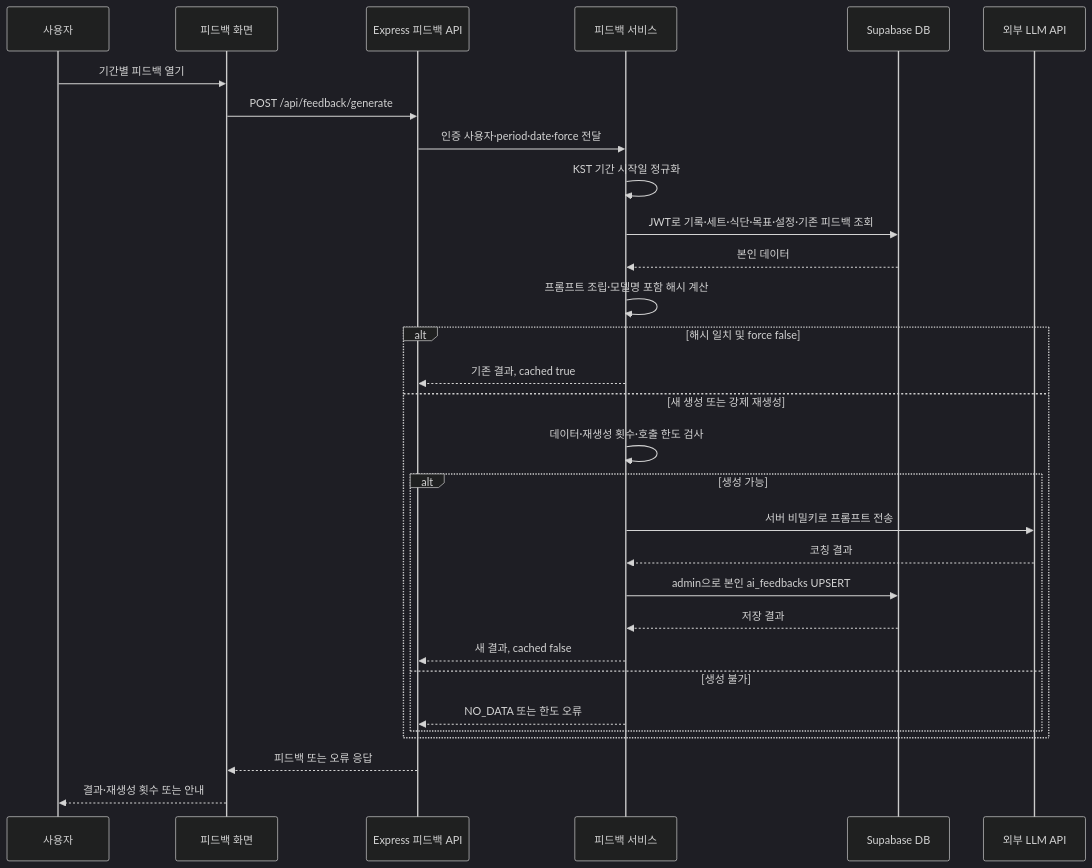
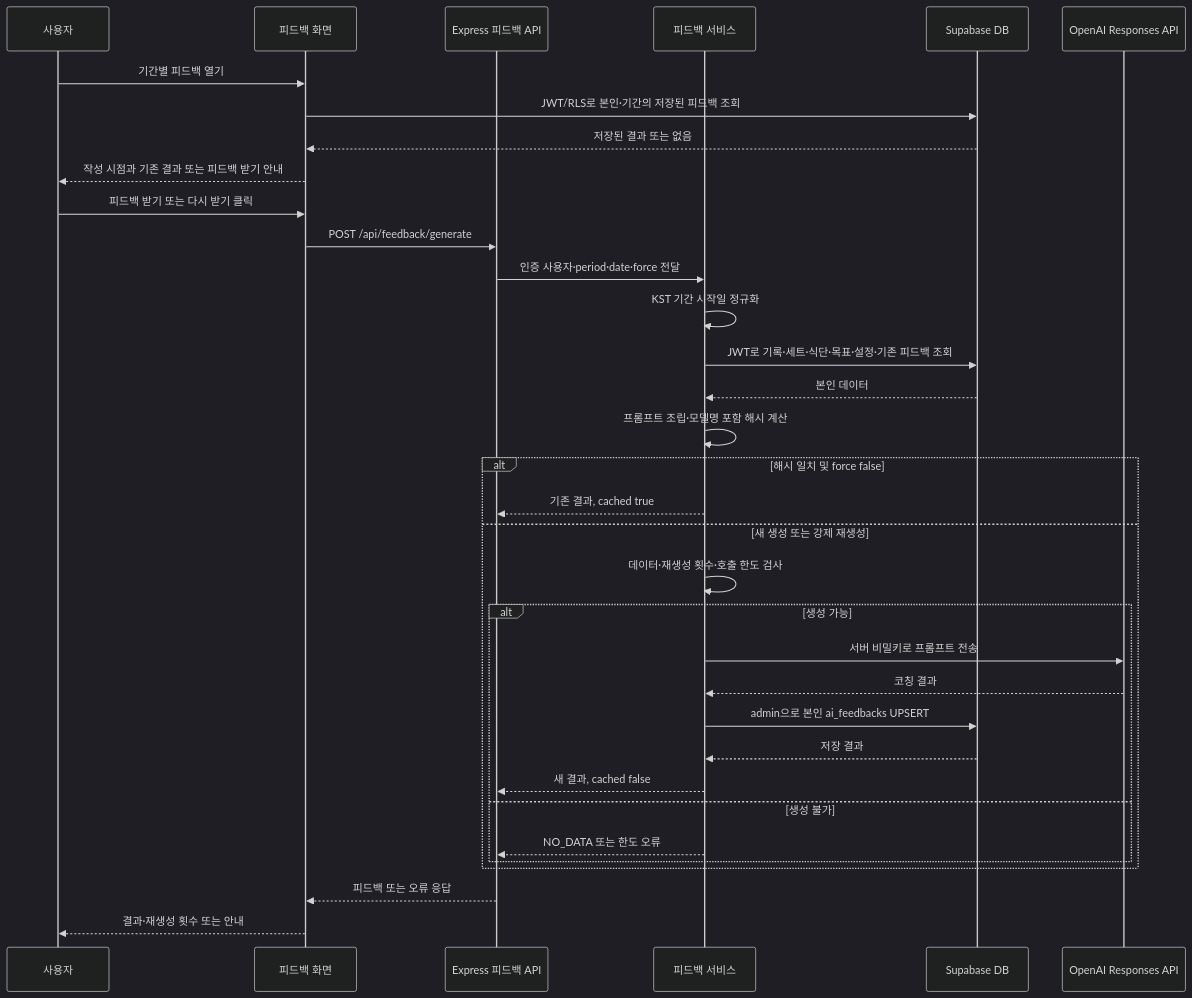
One commit to taehuni/CrewFit changed the eighth of 8 diagrams in docs/architecture/sequence-diagrams.md. Above: the diagram before and after it, drawn with Mermaid (dark theme). The commit also changed other lines of this file and 17 other files, not shown here.

````diff
--- a/docs/architecture/sequence-diagrams.md
+++ b/docs/architecture/sequence-diagrams.md
@@ -269,33 +277,37 @@
 ```mermaid
 sequenceDiagram
     participant user as 사용자
     participant feedbackPage as 피드백 화면
     participant feedbackApi as Express 피드백 API
     participant feedbackService as 피드백 서비스
     participant database as Supabase DB
-    participant llmApi as 외부 LLM API
+    participant llmApi as OpenAI Responses API
 
     user->>feedbackPage: 기간별 피드백 열기
+    feedbackPage->>database: JWT/RLS로 본인·기간의 저장된 피드백 조회
+    database-->>feedbackPage: 저장된 결과 또는 없음
+    feedbackPage-->>user: 작성 시점과 기존 결과 또는 피드백 받기 안내
+    user->>feedbackPage: 피드백 받기 또는 다시 받기 클릭
     feedbackPage->>feedbackApi: POST /api/feedback/generate
     feedbackApi->>feedbackService: 인증 사용자·period·date·force 전달
     feedbackService->>feedbackService: KST 기간 시작일 정규화
     feedbackService->>database: JWT로 기록·세트·식단·목표·설정·기존 피드백 조회
     database-->>feedbackService: 본인 데이터
     feedbackService->>feedbackService: 프롬프트 조립·모델명 포함 해시 계산
     alt 해시 일치 및 force false
         feedbackService-->>feedbackApi: 기존 결과, cached true
     else 새 생성 또는 강제 재생성
         feedbackService->>feedbackService: 데이터·재생성 횟수·호출 한도 검사
         alt 생성 가능
             feedbackService->>llmApi: 서버 비밀키로 프롬프트 전송
             llmApi-->>feedbackService: 코칭 결과
             feedbackService->>database: admin으로 본인 ai_feedbacks UPSERT
             database-->>feedbackService: 저장 결과
             feedbackService-->>feedbackApi: 새 결과, cached false
         else 생성 불가
             feedbackService-->>feedbackApi: NO_DATA 또는 한도 오류
         end
     end
     feedbackApi-->>feedbackPage: 피드백 또는 오류 응답
     feedbackPage-->>user: 결과·재생성 횟수 또는 안내
 ```
````
